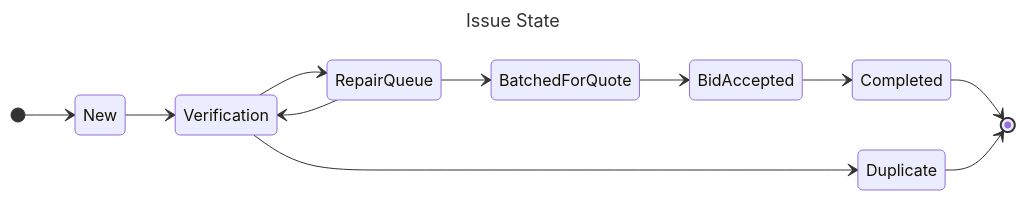
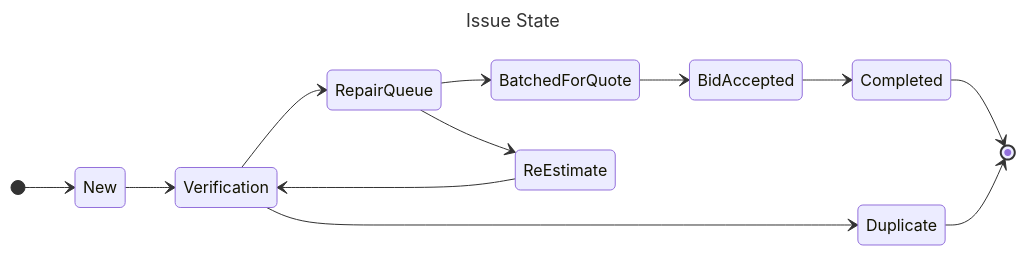
Before and after one commit to civic-os/vision: the second of 2 diagrams in Main.md, drawn with Mermaid. The commit also changed other lines of this file, not shown here.

````diff
--- a/Main.md
+++ b/Main.md
@@ -100,17 +102,18 @@
 ```mermaid
 ---
 title: Issue State
 ---
 stateDiagram-v2
 	direction LR
   [*] --> New
 	New --> Verification
 	Verification --> RepairQueue
 	Verification --> Duplicate
 	RepairQueue --> BatchedForQuote
-	RepairQueue --> Verification
+	RepairQueue --> ReEstimate
+	ReEstimate --> Verification
 	BatchedForQuote --> BidAccepted
 	BidAccepted --> Completed
 	Completed --> [*]
 	Duplicate --> [*]
 ```
````
